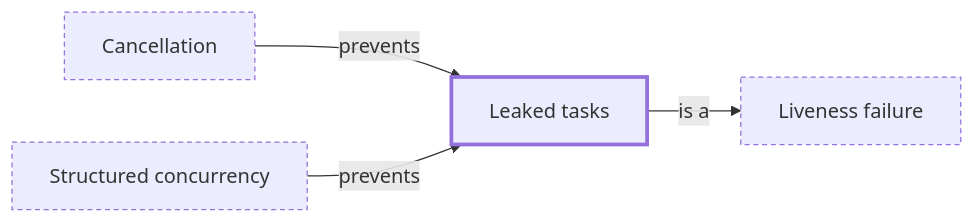
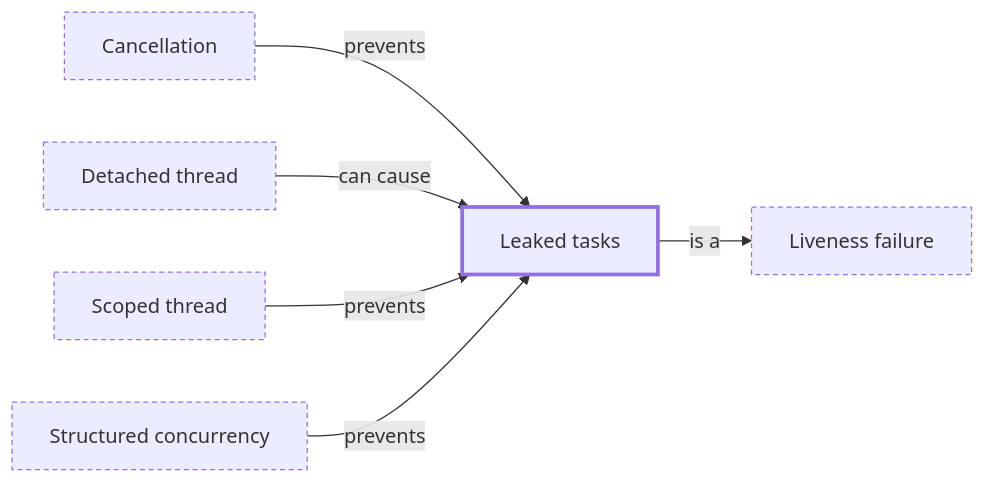
Before and after one commit to masiarek/concurrency-learning-library: the diagram in 11_Concepts/hazards/task_leak/README.md, drawn with Mermaid. The commit also changed other lines of this file and 44 other files, not shown here.

First line of the commit message:
Chapter 01: can a thread borrow a local? scope against pthread_join

````diff
--- a/11_Concepts/hazards/task_leak/README.md
+++ b/11_Concepts/hazards/task_leak/README.md
@@ -11,14 +11,18 @@
 ```mermaid
 flowchart LR
   n_cancellation["Cancellation"]
+  n_detached_thread["Detached thread"]
   n_task_leak["Leaked tasks"]
   n_liveness_failure["Liveness failure"]
+  n_scoped_thread["Scoped thread"]
   n_structured_concurrency["Structured concurrency"]
   n_cancellation -->|prevents| n_task_leak
+  n_detached_thread -->|can cause| n_task_leak
+  n_scoped_thread -->|prevents| n_task_leak
   n_structured_concurrency -->|prevents| n_task_leak
   n_task_leak -->|is a| n_liveness_failure
   classDef center stroke-width:3px
   class n_task_leak center
   classDef outside stroke-dasharray: 4 3
-  class n_cancellation,n_liveness_failure,n_structured_concurrency outside
+  class n_cancellation,n_detached_thread,n_liveness_failure,n_scoped_thread,n_structured_concurrency outside
 ```
````
